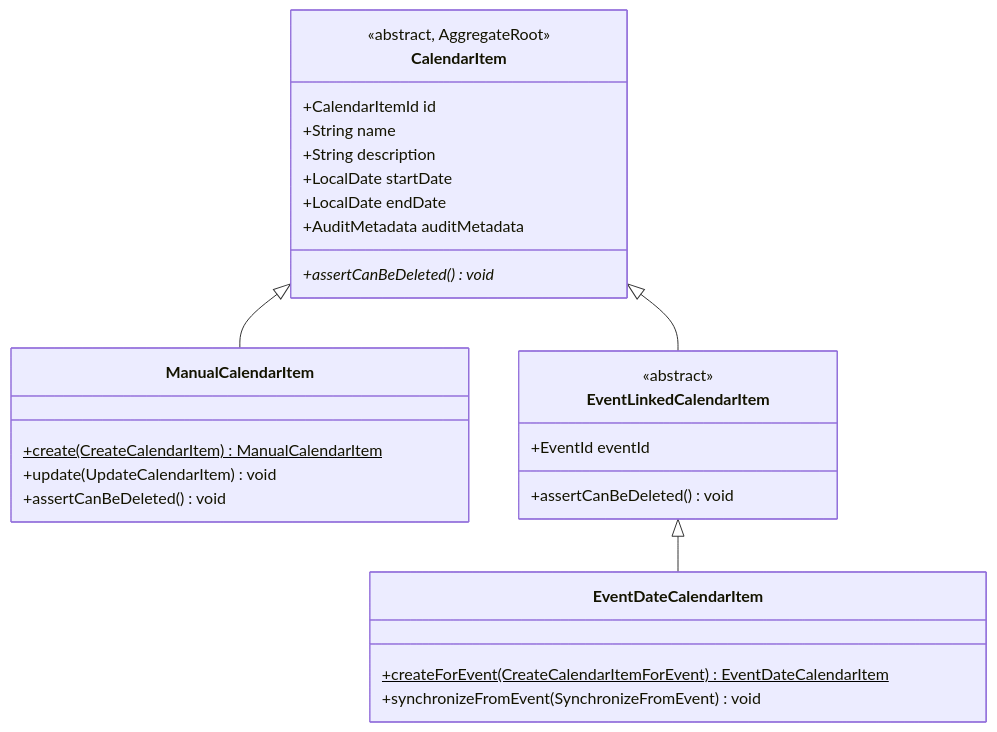
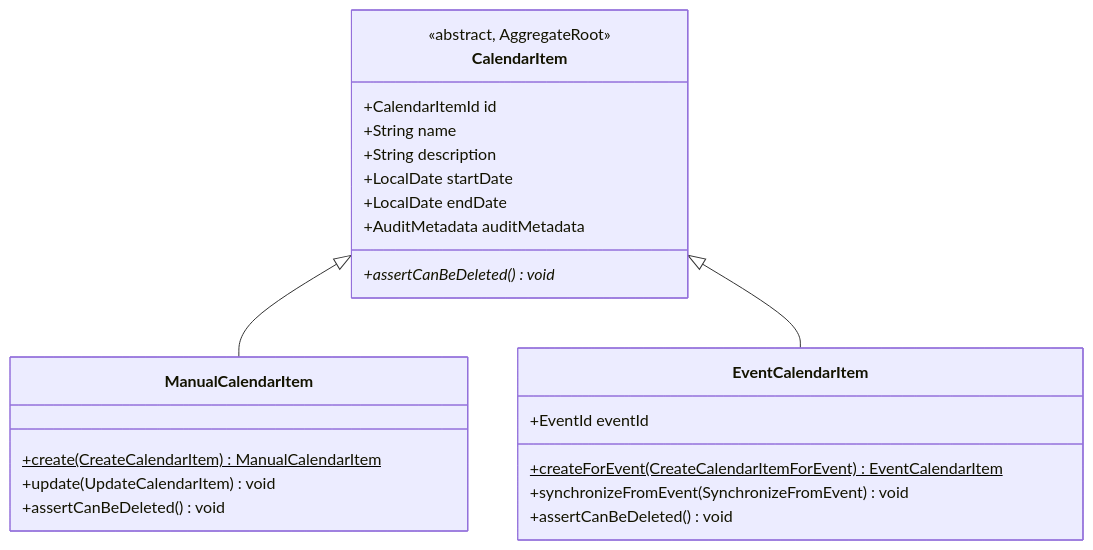
Before and after one commit to zabiny/klabis: the diagram in openspec/changes/refactor-calendar-item-to-polymorphic-hierarchy/design.md, drawn with Mermaid. The commit also changed other lines of this file and 25 other files, not shown here.

First line of the commit message:
refactor(calendar): implement polymorphic CalendarItem hierarchy

````diff
--- a/openspec/changes/refactor-calendar-item-to-polymorphic-hierarchy/design.md
+++ b/openspec/changes/refactor-calendar-item-to-polymorphic-hierarchy/design.md
@@ -50,34 +50,29 @@
 ```mermaid
 classDiagram
     class CalendarItem {
         <<abstract, AggregateRoot>>
         +CalendarItemId id
         +String name
         +String description
         +LocalDate startDate
         +LocalDate endDate
         +AuditMetadata auditMetadata
         +assertCanBeDeleted()* void
     }
 
     class ManualCalendarItem {
         +create(CreateCalendarItem)$ ManualCalendarItem
         +update(UpdateCalendarItem) void
         +assertCanBeDeleted() void
     }
 
-    class EventLinkedCalendarItem {
-        <<abstract>>
+    class EventCalendarItem {
         +EventId eventId
+        +createForEvent(CreateCalendarItemForEvent)$ EventCalendarItem
+        +synchronizeFromEvent(SynchronizeFromEvent) void
         +assertCanBeDeleted() void
     }
 
-    class EventDateCalendarItem {
-        +createForEvent(CreateCalendarItemForEvent)$ EventDateCalendarItem
-        +synchronizeFromEvent(SynchronizeFromEvent) void
-    }
-
     CalendarItem <|-- ManualCalendarItem
-    CalendarItem <|-- EventLinkedCalendarItem
-    EventLinkedCalendarItem <|-- EventDateCalendarItem
+    CalendarItem <|-- EventCalendarItem
 ```
````
